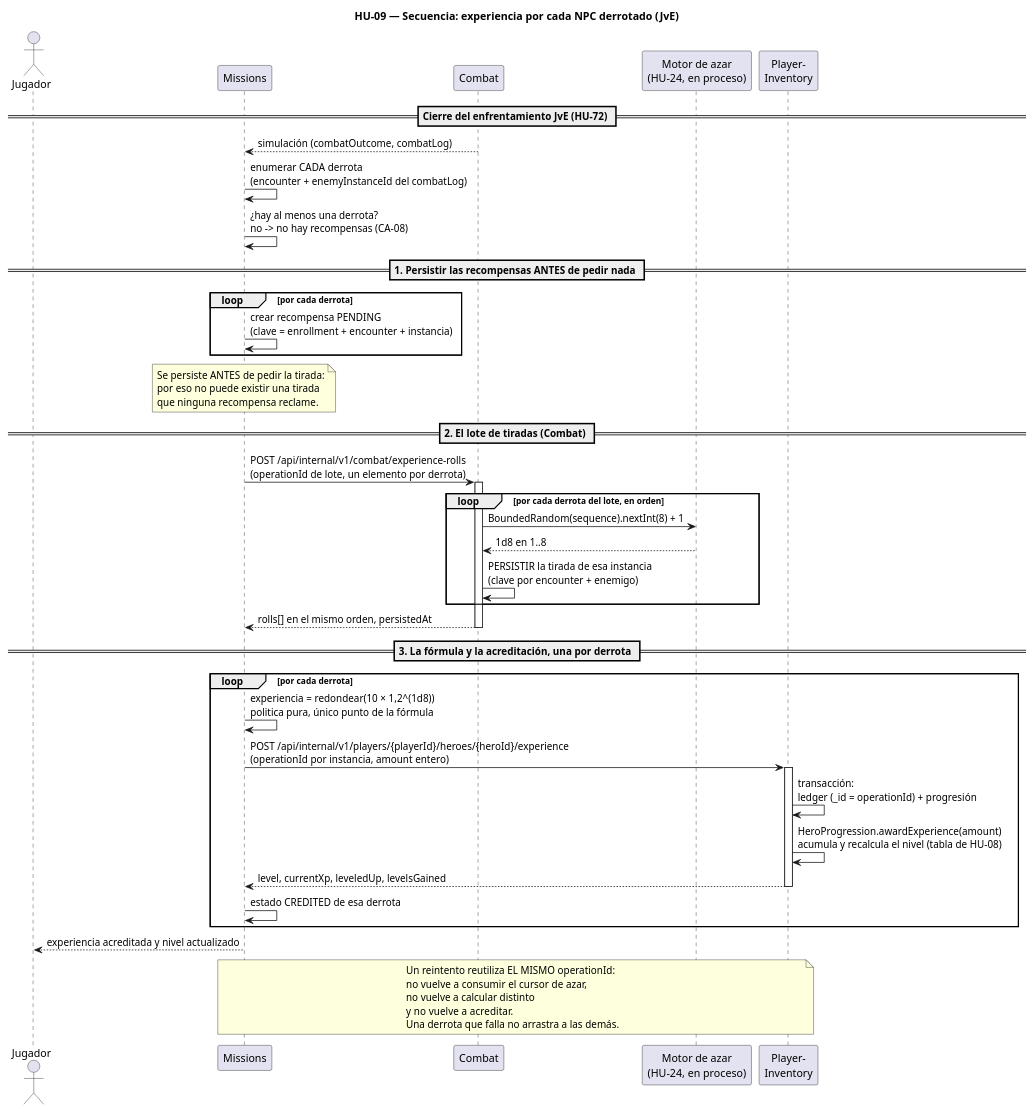
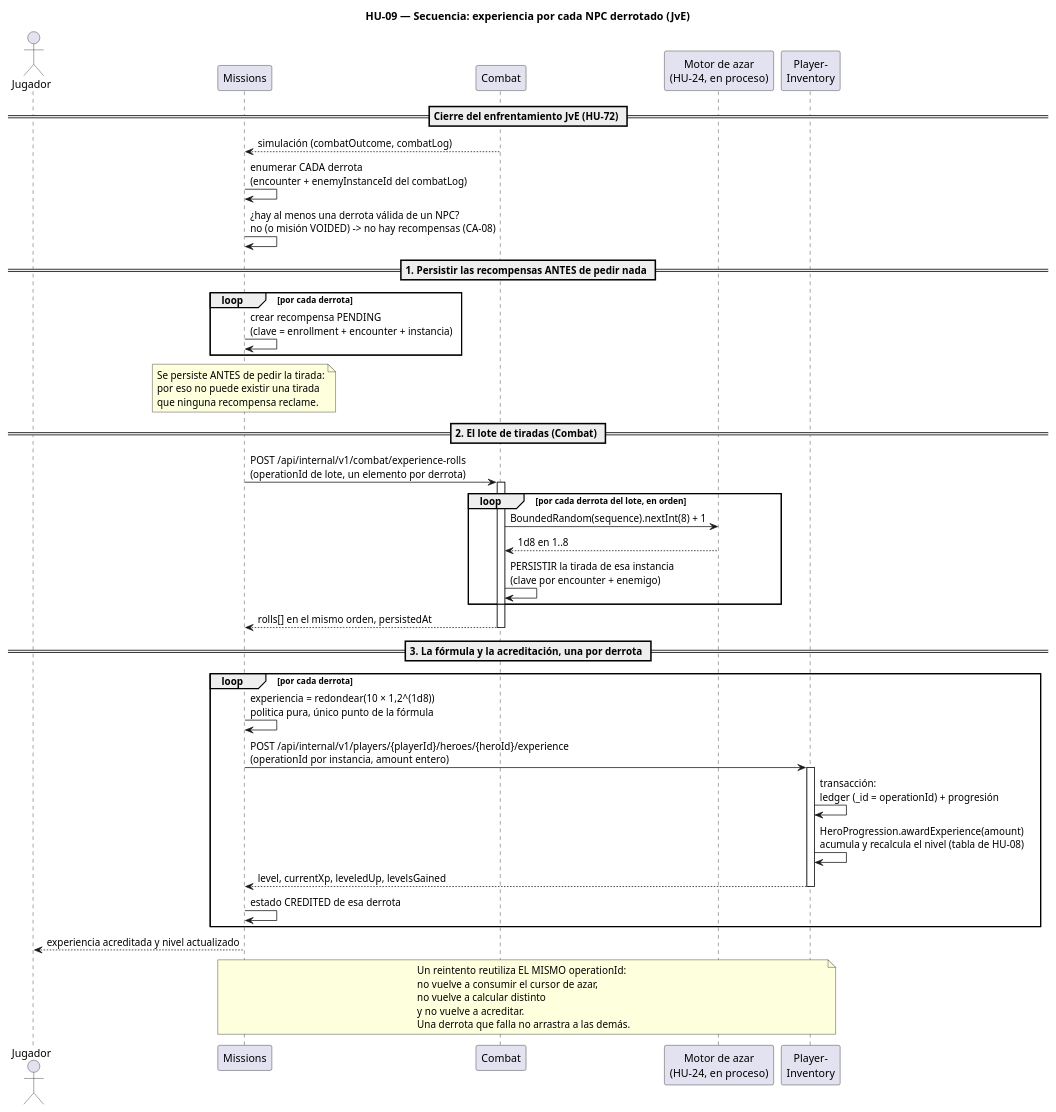
The diagram in docs/diagrams/hu-09-sequence.puml (Nexus-Battle-VI/Nexus-Battle-Infrastructure), drawn with PlantUML before and after one commit. The commit also changed 12 other files, not shown here.

```diff
--- a/docs/diagrams/hu-09-sequence.puml
+++ b/docs/diagrams/hu-09-sequence.puml
@@ -1,57 +1,57 @@
 @startuml hu-09-sequence
 title HU-09 — Secuencia: experiencia por cada NPC derrotado (JvE)
 
 actor Jugador
 participant "Missions" as Missions
 participant "Combat" as Combat
 participant "Motor de azar\n(HU-24, en proceso)" as RNG
 participant "Player-\nInventory" as Inventory
 
 == Cierre del enfrentamiento JvE (HU-72) ==
 Combat --> Missions : simulación (combatOutcome, combatLog)
 Missions -> Missions : enumerar CADA derrota\n(encounter + enemyInstanceId del combatLog)
-Missions -> Missions : ¿hay al menos una derrota?\nno -> no hay recompensas (CA-08)
+Missions -> Missions : ¿hay al menos una derrota válida de un NPC?\nno (o misión VOIDED) -> no hay recompensas (CA-08)
 
 == 1. Persistir las recompensas ANTES de pedir nada ==
 loop por cada derrota
   Missions -> Missions : crear recompensa PENDING\n(clave = enrollment + encounter + instancia)
 end
 note over Missions
   Se persiste ANTES de pedir la tirada:
   por eso no puede existir una tirada
   que ninguna recompensa reclame.
 end note
 
 == 2. El lote de tiradas (Combat) ==
 Missions -> Combat : POST /api/internal/v1/combat/experience-rolls\n(operationId de lote, un elemento por derrota)
 activate Combat
 loop por cada derrota del lote, en orden
   Combat -> RNG : BoundedRandom(sequence).nextInt(8) + 1
   RNG --> Combat : 1d8 en 1..8
   Combat -> Combat : PERSISTIR la tirada de esa instancia\n(clave por encounter + enemigo)
 end
 Combat --> Missions : rolls[] en el mismo orden, persistedAt
 deactivate Combat
 
 == 3. La fórmula y la acreditación, una por derrota ==
 loop por cada derrota
   Missions -> Missions : experiencia = redondear(10 × 1,2^(1d8))\npolitica pura, único punto de la fórmula
   Missions -> Inventory : POST /api/internal/v1/players/{playerId}/heroes/{heroId}/experience\n(operationId por instancia, amount entero)
   activate Inventory
   Inventory -> Inventory : transacción:\nledger (_id = operationId) + progresión
   Inventory -> Inventory : HeroProgression.awardExperience(amount)\nacumula y recalcula el nivel (tabla de HU-08)
   Inventory --> Missions : level, currentXp, leveledUp, levelsGained
   deactivate Inventory
   Missions -> Missions : estado CREDITED de esa derrota
 end
 
 Missions --> Jugador : experiencia acreditada y nivel actualizado
 
 note over Missions, Inventory
   Un reintento reutiliza EL MISMO operationId:
   no vuelve a consumir el cursor de azar,
   no vuelve a calcular distinto
   y no vuelve a acreditar.
   Una derrota que falla no arrastra a las demás.
 end note
 @enduml
```
